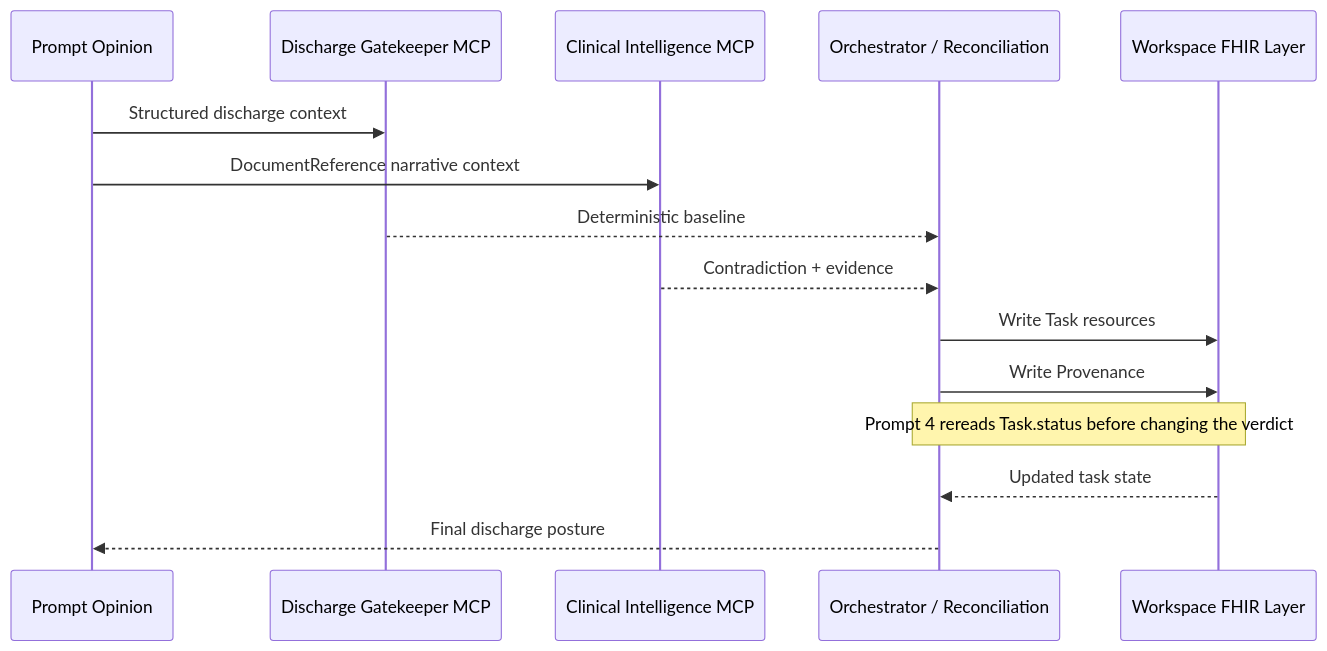
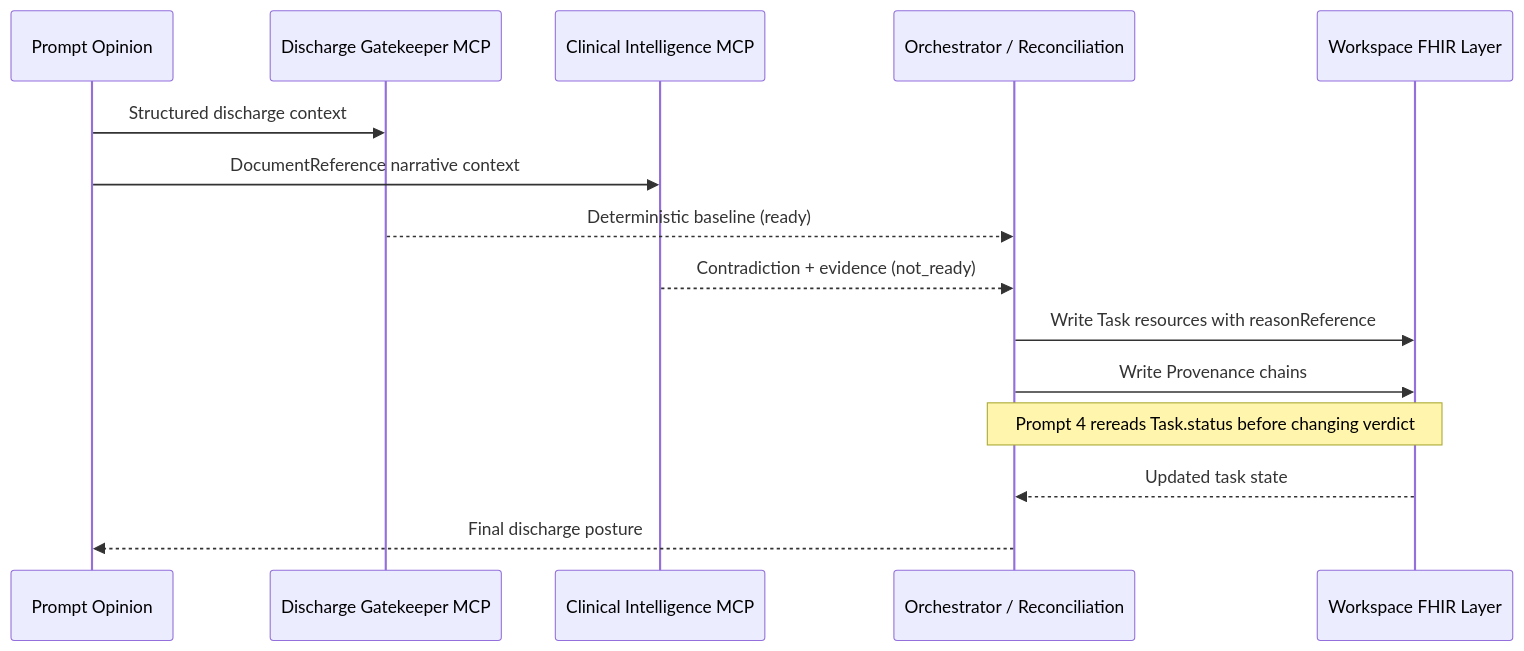
The second of 2 diagrams in README.md (Arshgill01/Discharge-Gatekeeper), drawn with Mermaid before and after one commit. The commit also changed other lines of this file and 1 other file, not shown here.

````diff
--- a/README.md
+++ b/README.md
@@ -86,18 +64,18 @@
 ```mermaid
 sequenceDiagram
-  participant PO as Prompt Opinion
-  participant DGK as Discharge Gatekeeper MCP
-  participant CI as Clinical Intelligence MCP
-  participant ORCH as Orchestrator / Reconciliation
-  participant FHIR as Workspace FHIR Layer
+    participant PO as Prompt Opinion
+    participant DGK as Discharge Gatekeeper MCP
+    participant CI as Clinical Intelligence MCP
+    participant ORCH as Orchestrator / Reconciliation
+    participant FHIR as Workspace FHIR Layer
 
-  PO->>DGK: Structured discharge context
-  PO->>CI: DocumentReference narrative context
-  DGK-->>ORCH: Deterministic baseline
-  CI-->>ORCH: Contradiction + evidence
-  ORCH->>FHIR: Write Task resources
-  ORCH->>FHIR: Write Provenance
-  Note over ORCH,FHIR: Prompt 4 rereads Task.status before changing the verdict
-  FHIR-->>ORCH: Updated task state
-  ORCH-->>PO: Final discharge posture
+    PO->>DGK: Structured discharge context
+    PO->>CI: DocumentReference narrative context
+    DGK-->>ORCH: Deterministic baseline (ready)
+    CI-->>ORCH: Contradiction + evidence (not_ready)
+    ORCH->>FHIR: Write Task resources with reasonReference
+    ORCH->>FHIR: Write Provenance chains
+    Note over ORCH,FHIR: Prompt 4 rereads Task.status before changing verdict
+    FHIR-->>ORCH: Updated task state
+    ORCH-->>PO: Final discharge posture
 ```
````
